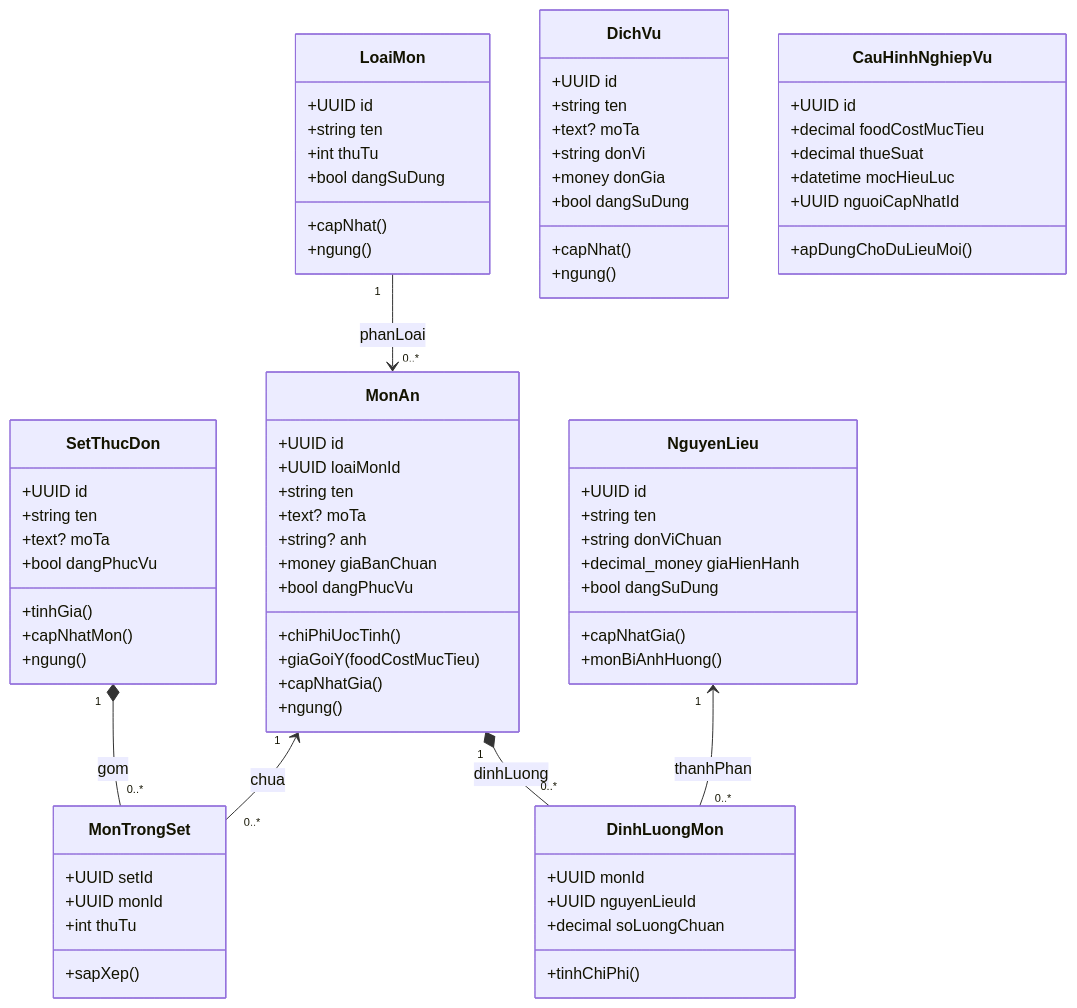
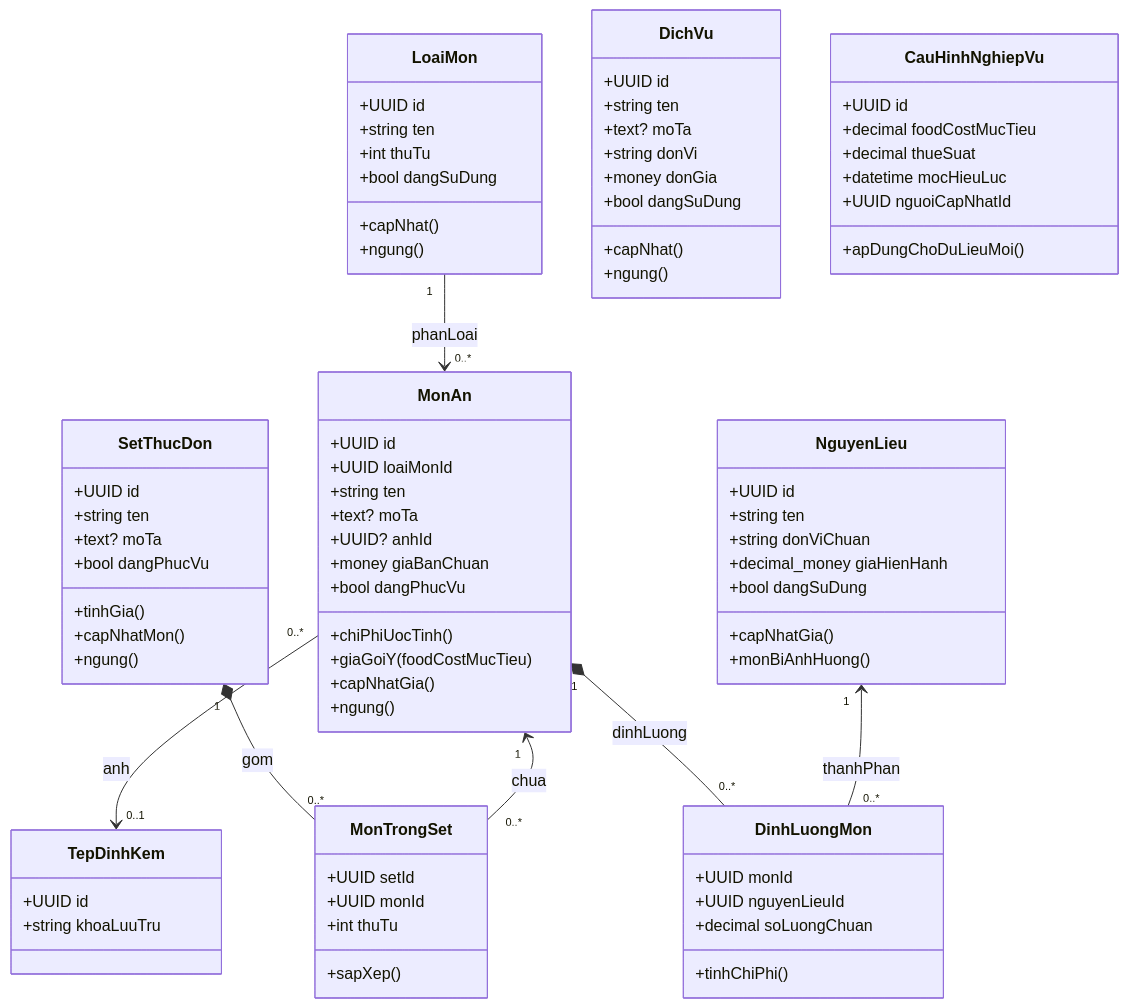
The fifth of 9 diagrams in docs/src/diagrams/class.md (mastercookvn/mastercookvn), drawn with Mermaid before and after one commit. The commit also changed other lines of this file and 1 other file, not shown here.

Commit message:
feat(docs): s3 mentioned

```diff
--- a/docs/src/diagrams/class.md
+++ b/docs/src/diagrams/class.md
@@ -531,7 +532,7 @@
         +UUID loaiMonId
         +string ten
         +text? moTa
-        +string? anh
+        +UUID? anhId
         +money giaBanChuan
         +bool dangPhucVu
         +chiPhiUocTinh()
@@ -594,7 +595,13 @@
         +apDungChoDuLieuMoi()
     }
 
+    class TepDinhKem {
+        +UUID id
+        +string khoaLuuTru
+    }
+
     LoaiMon "1" --> "0..*" MonAn : phanLoai
+    MonAn "0..*" --> "0..1" TepDinhKem : anh
     SetThucDon "1" *-- "0..*" MonTrongSet : gom
     MonAn "1" <-- "0..*" MonTrongSet : chua
     MonAn "1" *-- "0..*" DinhLuongMon : dinhLuong
```
